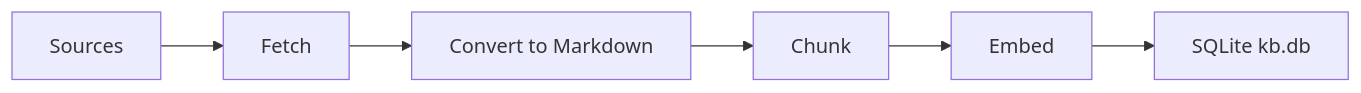
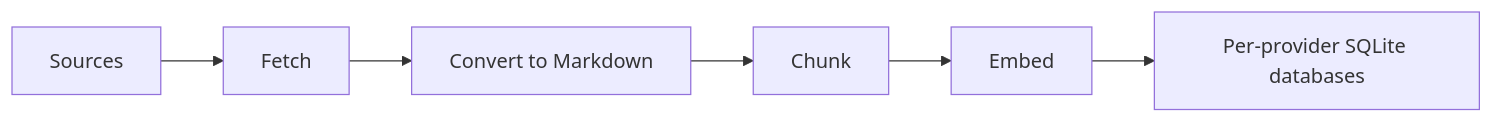
Before and after one commit to pgEdge/pgedge-ai-kb: the diagram in docs/index.md, drawn with Mermaid. The commit also changed other lines of this file and 10 other files, not shown here.

Commit message:
docs: document per-provider/model databases and packages

````diff
--- a/docs/index.md
+++ b/docs/index.md
@@ -34,8 +34,8 @@
 ```mermaid
 flowchart LR
     A[Sources] --> B[Fetch]
     B --> C[Convert to Markdown]
     C --> D[Chunk]
     D --> E[Embed]
-    E --> F[SQLite kb.db]
+    E --> F[Per-provider SQLite databases]
 ```
````
